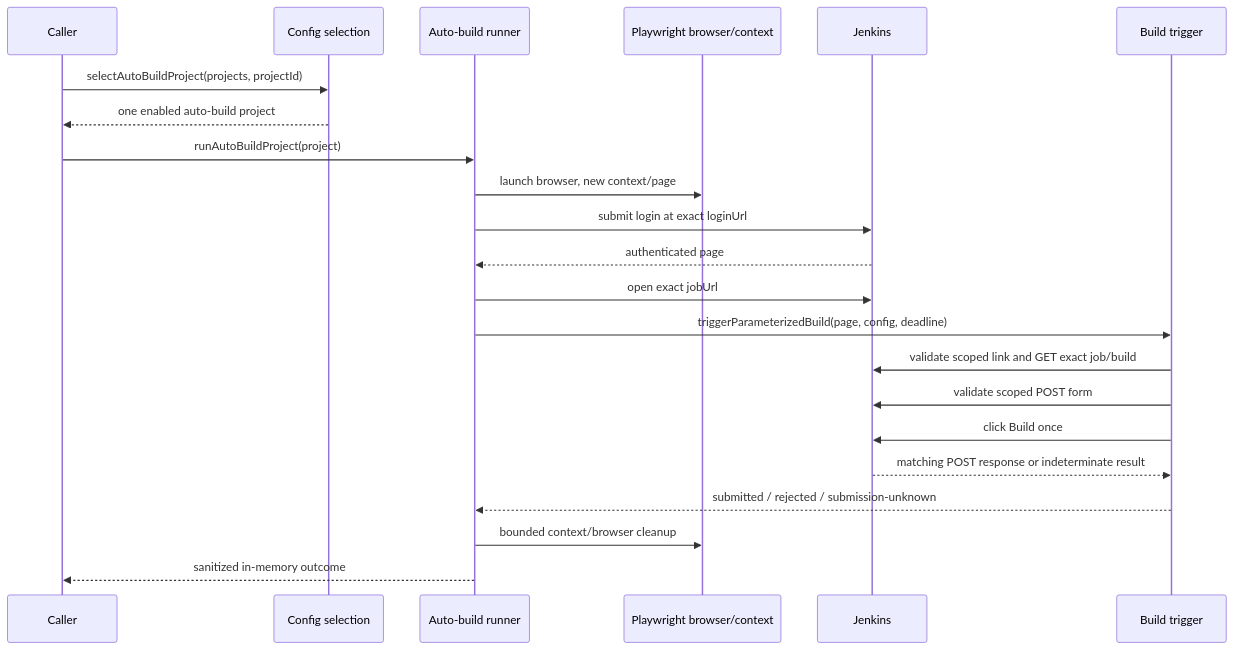
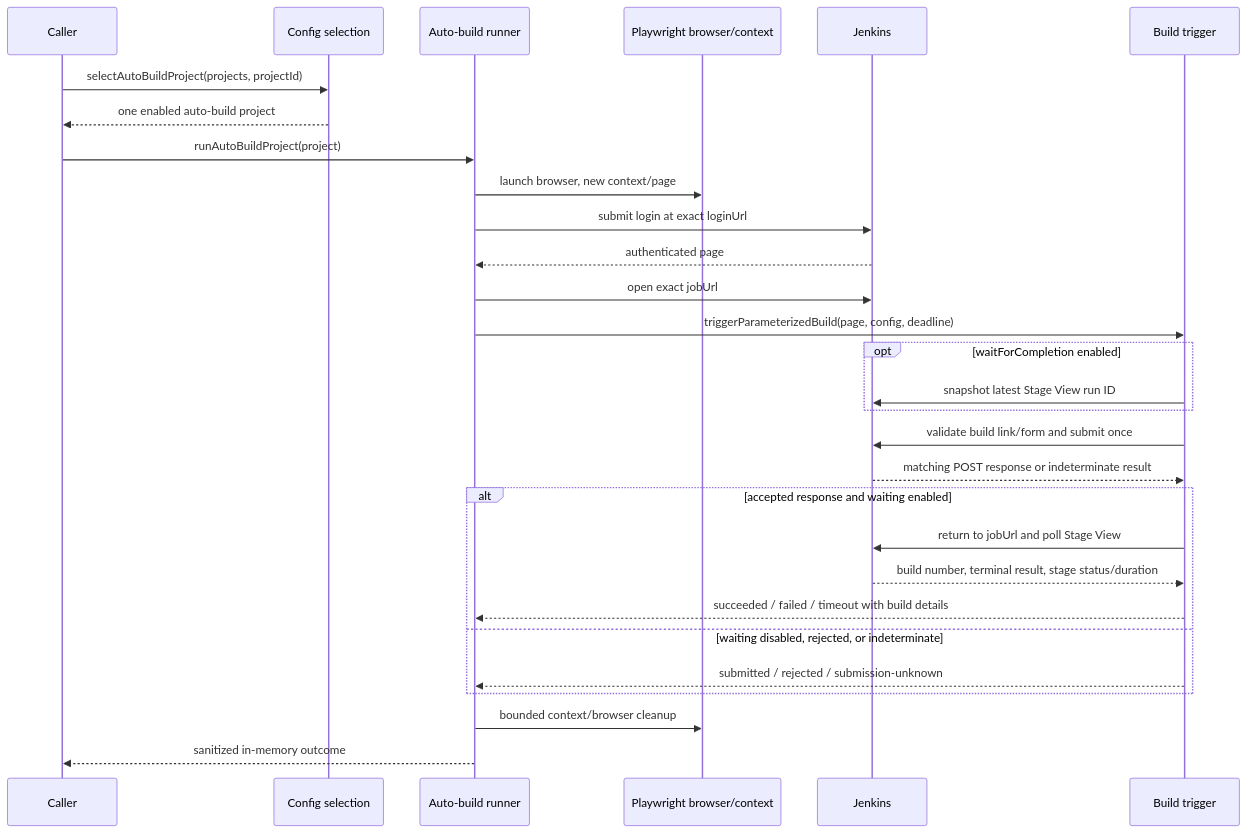
Before and after one commit to loidinhm31/auto-jobs: the third of 6 diagrams in docs/system-architecture.md, drawn with Mermaid. The commit also changed other lines of this file and 37 other files, not shown here.

Commit message:
feat(jenkins): monitor Stage View build completion and stream status to control page

````diff
--- a/docs/system-architecture.md
+++ b/docs/system-architecture.md
@@ -165,25 +170,32 @@
 ```mermaid
 sequenceDiagram
   participant Caller
   participant Select as Config selection
   participant Runner as Auto-build runner
   participant Browser as Playwright browser/context
   participant Jenkins
   participant Trigger as Build trigger
 
   Caller->>Select: selectAutoBuildProject(projects, projectId)
   Select-->>Caller: one enabled auto-build project
   Caller->>Runner: runAutoBuildProject(project)
   Runner->>Browser: launch browser, new context/page
   Runner->>Jenkins: submit login at exact loginUrl
   Jenkins-->>Runner: authenticated page
   Runner->>Jenkins: open exact jobUrl
   Runner->>Trigger: triggerParameterizedBuild(page, config, deadline)
-  Trigger->>Jenkins: validate scoped link and GET exact job/build
-  Trigger->>Jenkins: validate scoped POST form
-  Trigger->>Jenkins: click Build once
+  opt waitForCompletion enabled
+    Trigger->>Jenkins: snapshot latest Stage View run ID
+  end
+  Trigger->>Jenkins: validate build link/form and submit once
   Jenkins-->>Trigger: matching POST response or indeterminate result
-  Trigger-->>Runner: submitted / rejected / submission-unknown
+  alt accepted response and waiting enabled
+    Trigger->>Jenkins: return to jobUrl and poll Stage View
+    Jenkins-->>Trigger: build number, terminal result, stage status/duration
+    Trigger-->>Runner: succeeded / failed / timeout with build details
+  else waiting disabled, rejected, or indeterminate
+    Trigger-->>Runner: submitted / rejected / submission-unknown
+  end
   Runner->>Browser: bounded context/browser cleanup
   Runner-->>Caller: sanitized in-memory outcome
 ```
````
